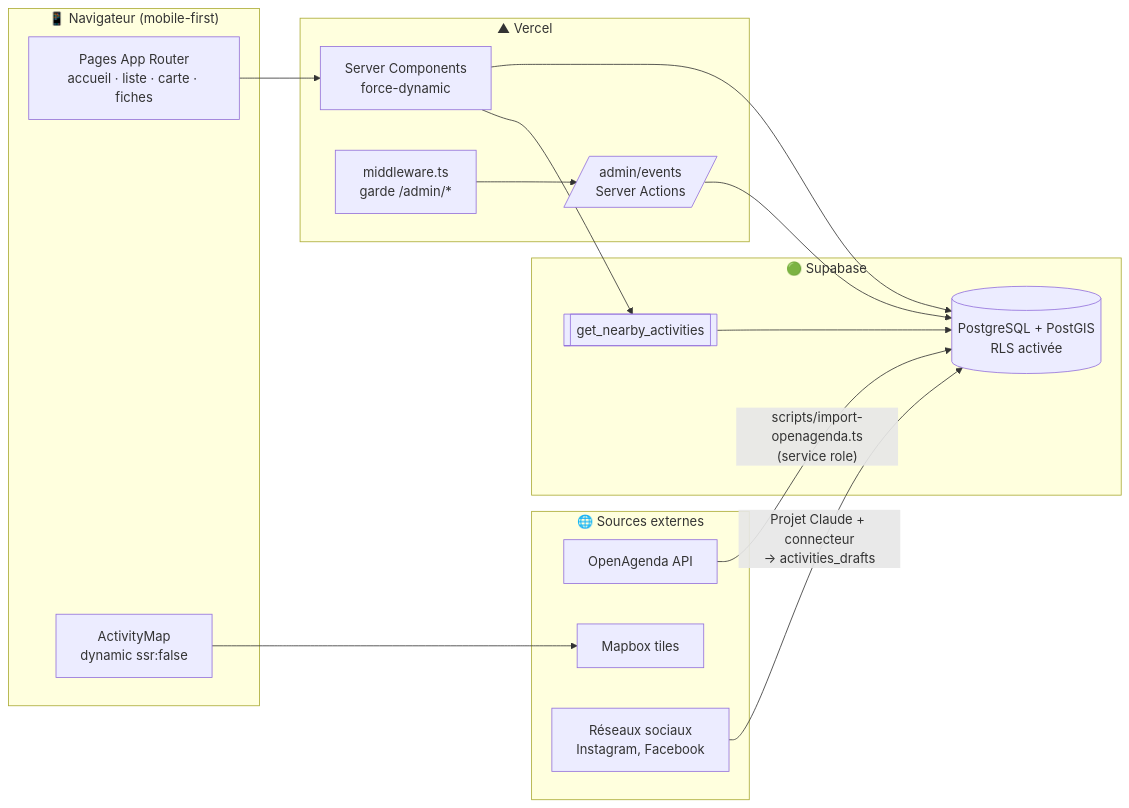
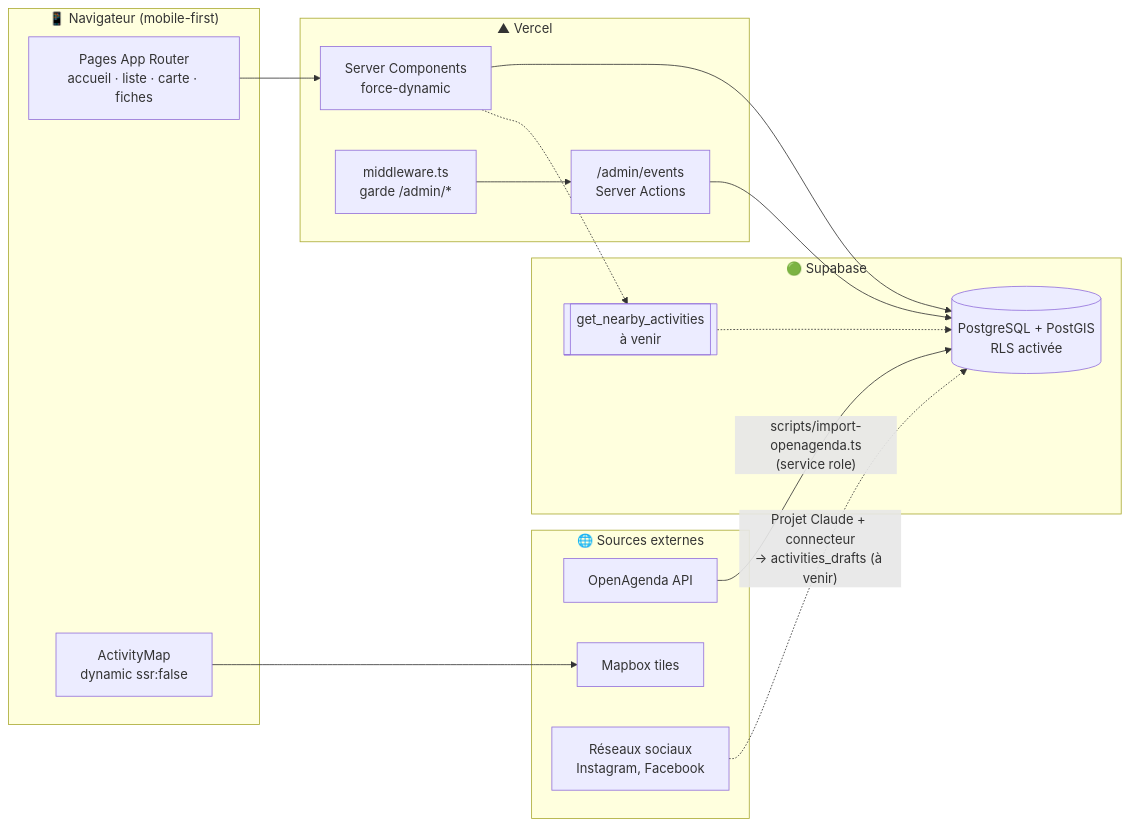
Before and after one commit to mehdisebei-debug/KIDS-APP: the third of 12 diagrams in docs/SDLC.md, drawn with Mermaid. The commit also changed other lines of this file, not shown here.

````diff
--- a/docs/SDLC.md
+++ b/docs/SDLC.md
@@ -126,27 +172,27 @@
 ```mermaid
 flowchart LR
     subgraph Client["📱 Navigateur (mobile-first)"]
         UI[Pages App Router<br/>accueil · liste · carte · fiches]
         MAP[ActivityMap<br/>dynamic ssr:false]
     end
     subgraph Vercel["▲ Vercel"]
         RSC[Server Components<br/>force-dynamic]
         MW[middleware.ts<br/>garde /admin/*]
-        ADM[/admin/events<br/>Server Actions/]
+        ADM["/admin/events<br/>Server Actions"]
     end
     subgraph Supabase["🟢 Supabase"]
         DB[(PostgreSQL + PostGIS<br/>RLS activée)]
-        RPC[[get_nearby_activities]]
+        RPC[[get_nearby_activities<br/>à venir]]
     end
     subgraph Ext["🌐 Sources externes"]
         OA[OpenAgenda API]
         MB[Mapbox tiles]
         SOC[Réseaux sociaux<br/>Instagram, Facebook]
     end
     UI --> RSC --> DB
     MAP --> MB
-    RSC --> RPC --> DB
+    RSC -.-> RPC -.-> DB
     MW --> ADM --> DB
     OA -- "scripts/import-openagenda.ts<br/>(service role)" --> DB
-    SOC -- "Projet Claude + connecteur<br/>→ activities_drafts" --> DB
+    SOC -. "Projet Claude + connecteur<br/>→ activities_drafts (à venir)" .-> DB
 ```
````
